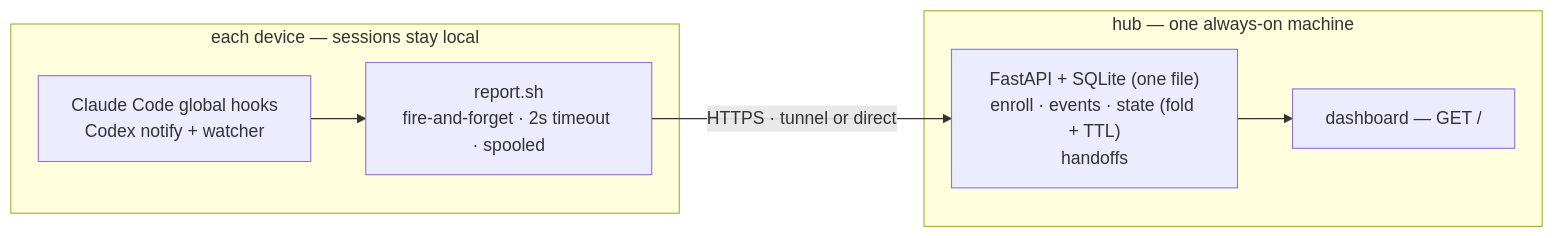
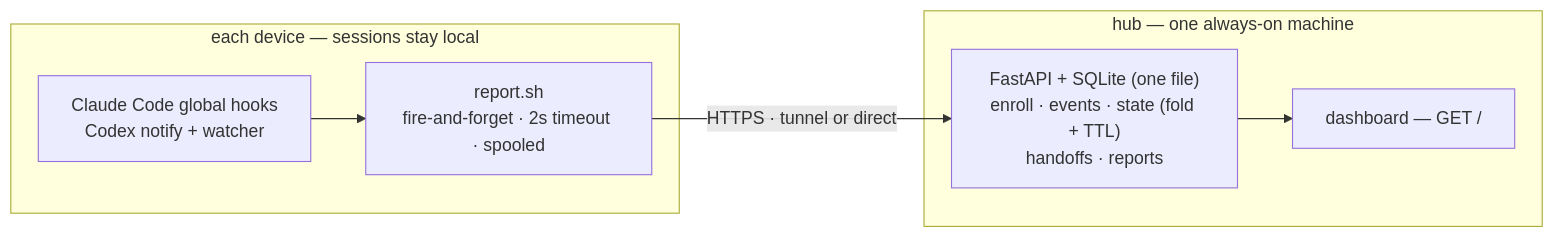
One commit to hierrr/madison changed the diagram in README.md. Above: the diagram before and after it, drawn with Mermaid. The commit also changed other lines of this file and 6 other files, not shown here.

````diff
--- a/README.md
+++ b/README.md
@@ -63,14 +66,14 @@
 ```mermaid
 flowchart LR
     subgraph dev["each device — sessions stay local"]
         hooks["Claude Code global hooks<br/>Codex notify + watcher"]
         rep["report.sh<br/>fire-and-forget · 2s timeout · spooled"]
         hooks --> rep
     end
     rep -->|"HTTPS · tunnel or direct"| api
     subgraph hub["hub — one always-on machine"]
-        api["FastAPI + SQLite (one file)<br/>enroll · events · state (fold + TTL)<br/>handoffs"]
+        api["FastAPI + SQLite (one file)<br/>enroll · events · state (fold + TTL)<br/>handoffs · reports"]
         dash["dashboard — GET /"]
         api --> dash
     end
 ```
````
